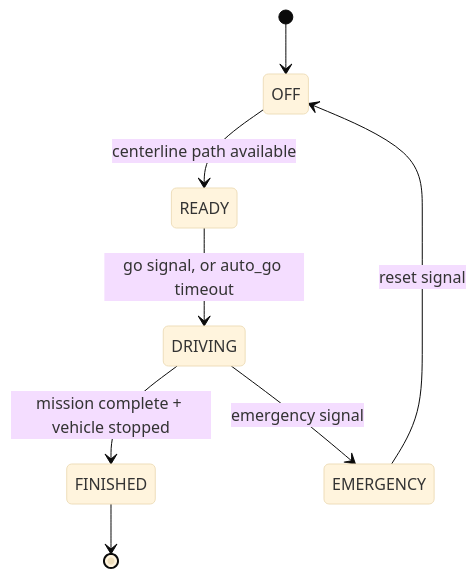
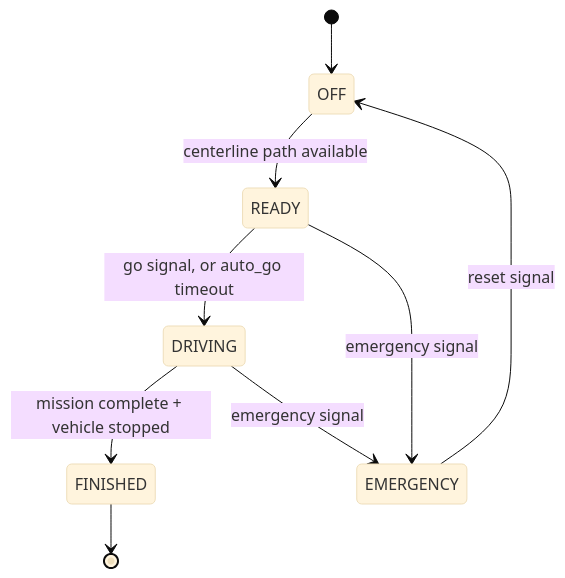
One commit to LonghornRacingElectric/lhre changed the eighth of 8 diagrams in autonomy/ros2/README.md. Above: the diagram before and after it, drawn with Mermaid (base theme). The commit also changed other lines of this file and 10 other files, not shown here.

````diff
--- a/autonomy/ros2/README.md
+++ b/autonomy/ros2/README.md
@@ -582,10 +582,11 @@
 ```mermaid
 stateDiagram-v2
     [*] --> OFF
     OFF --> READY: centerline path available
     READY --> DRIVING: go signal, or auto_go timeout
     DRIVING --> FINISHED: mission complete + vehicle stopped
+    READY --> EMERGENCY: emergency signal
     DRIVING --> EMERGENCY: emergency signal
     EMERGENCY --> OFF: reset signal
     FINISHED --> [*]
 ```
````
